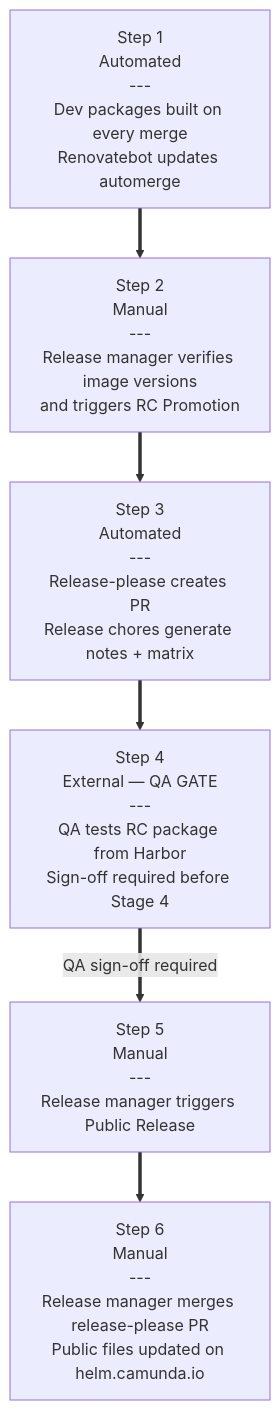
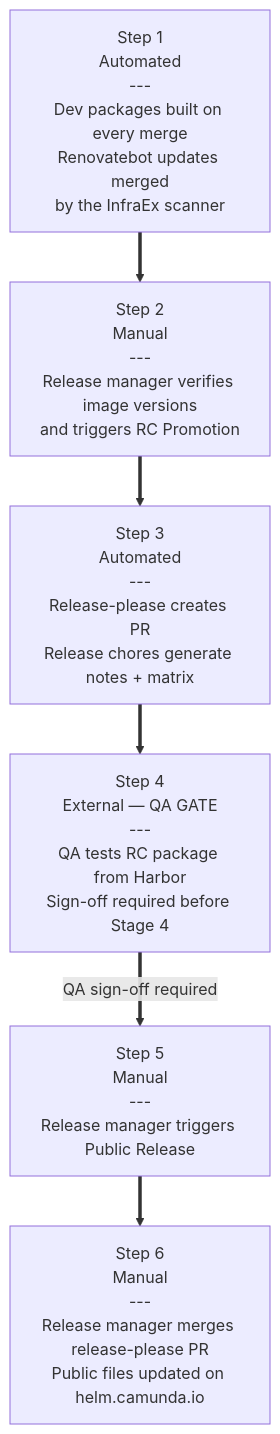
The diagram in docs/reference/release-process.md (camunda/camunda-platform-helm), drawn with Mermaid before and after one commit. The commit also changed other lines of this file and 1 other file, not shown here.

Commit message:
test: guard automerge across the whole Renovate config
The packageRules loop missed top-level and update-type blocks. Walk the
whole config instead, and point the release runbook at the InfraEx
scanner instead of Renovate automerge.

````diff
--- a/docs/reference/release-process.md
+++ b/docs/reference/release-process.md
@@ -158,15 +158,15 @@
 ```mermaid
 graph TD
-    Step1[Step 1<br/>Automated<br/>---<br/>Dev packages built on every merge<br/>Renovatebot updates automerge]
+    Step1[Step 1<br/>Automated<br/>---<br/>Dev packages built on every merge<br/>Renovatebot updates merged<br/>by the InfraEx scanner]
     Step2[Step 2<br/>Manual<br/>---<br/>Release manager verifies image versions<br/>and triggers RC Promotion]
     Step3[Step 3<br/>Automated<br/>---<br/>Release-please creates PR<br/>Release chores generate notes + matrix]
     Step4[Step 4<br/>External — QA GATE<br/>---<br/>QA tests RC package from Harbor<br/>Sign-off required before Stage 4]
     Step5[Step 5<br/>Manual<br/>---<br/>Release manager triggers Public Release]
     Step6[Step 6<br/>Manual<br/>---<br/>Release manager merges release-please PR<br/>Public files updated on helm.camunda.io]
 
     Step1 ==> Step2
     Step2 ==> Step3
     Step3 ==> Step4
     Step4 == QA sign-off required ==> Step5
     Step5 ==> Step6
 ```
````
